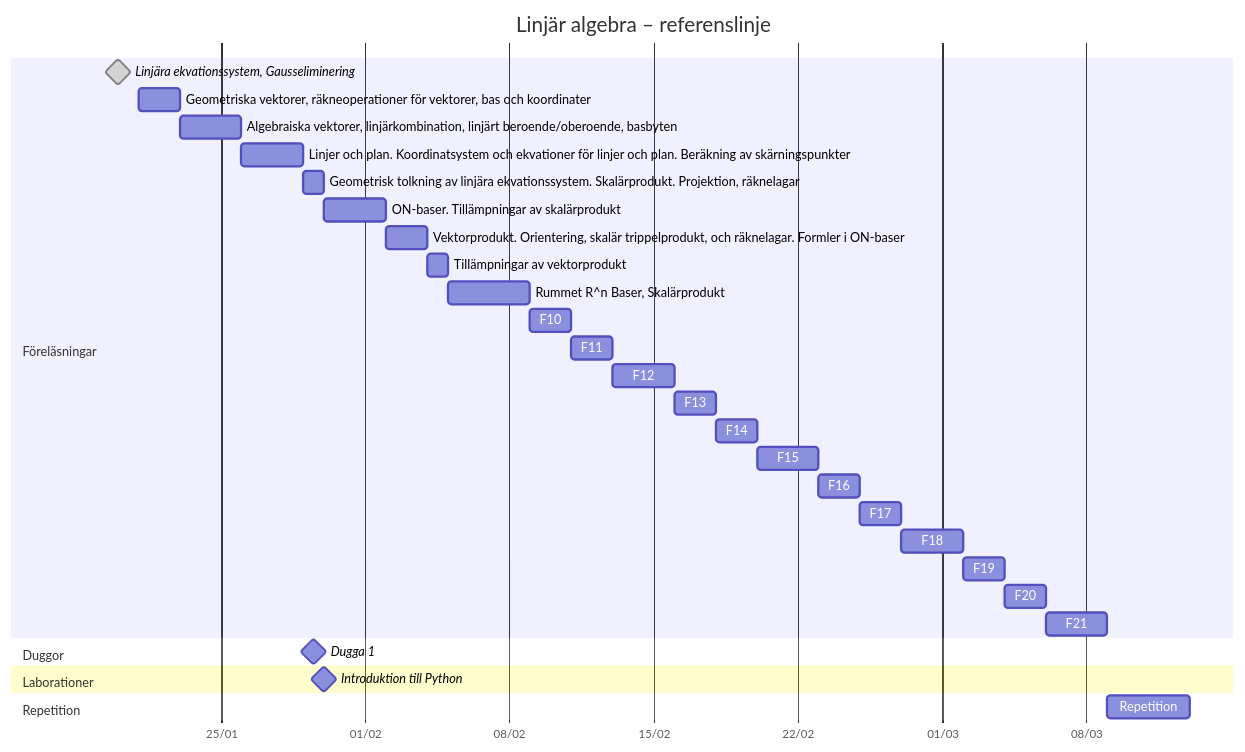
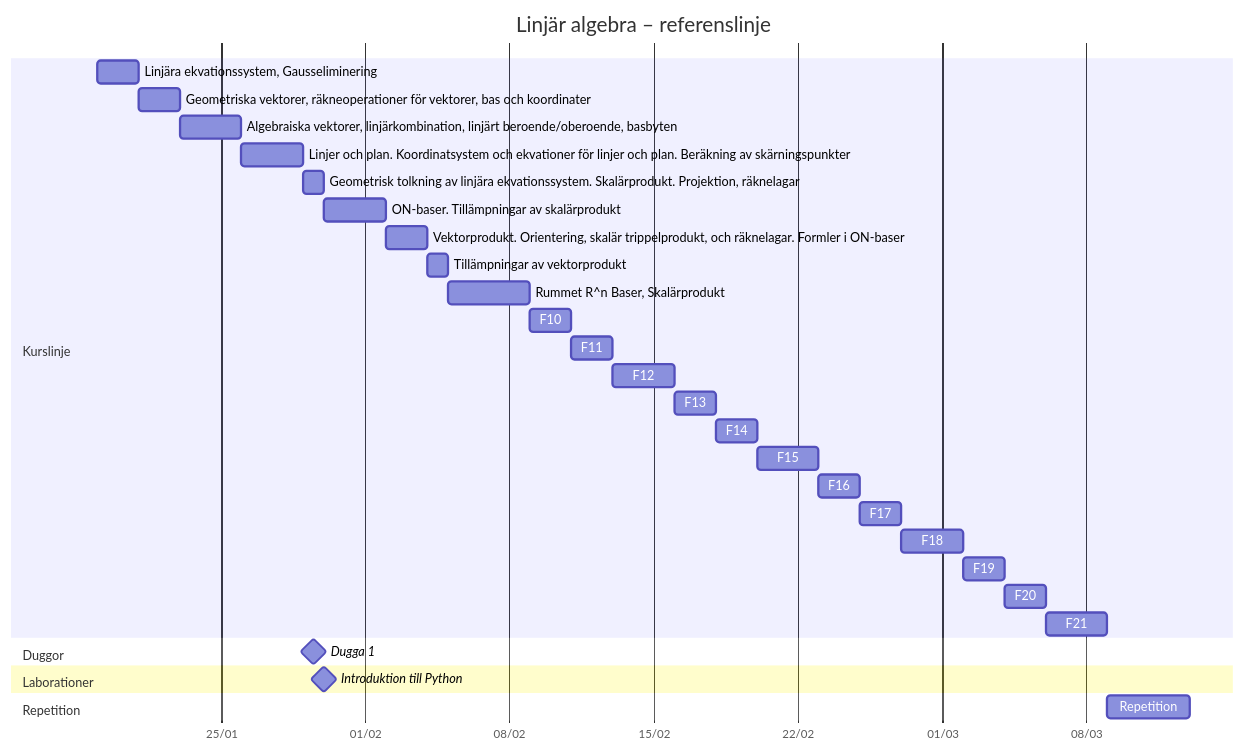
Before and after one commit to Scoutboy06/obsidian-vaults: the diagram in Skola/Linjär Algebra/Kursöversikt.md, drawn with Mermaid.

Commit message:
vault backup: 2026-01-21 20:16:55

````diff
--- a/Skola/Linjär Algebra/Kursöversikt.md
+++ b/Skola/Linjär Algebra/Kursöversikt.md
@@ -2,38 +2,38 @@
 ```mermaid
 gantt
     dateFormat  YYYY-MM-DD
     title Linjär algebra – referenslinje
     axisFormat  %d/%m
 
-    section Föreläsningar
-    Linjära ekvationssystem, Gausseliminering :milestone,done, f1, 2026-01-19, 2026-01-21
+    section Kurslinje
+    Linjära ekvationssystem, Gausseliminering: f1, 2026-01-19, 2026-01-21
     Geometriska vektorer, räkneoperationer för vektorer, bas och koordinater: f2, 2026-01-21, 2026-01-23
     Algebraiska vektorer, linjärkombination, linjärt beroende/oberoende, basbyten: f3, 2026-01-23, 2026-01-26
     Linjer och plan. Koordinatsystem och ekvationer för linjer och plan. Beräkning av skärningspunkter: f4, 2026-01-26, 2026-01-29
     Geometrisk tolkning av linjära ekvationssystem. Skalärprodukt. Projektion, räknelagar: f5, 2026-01-29, 2026-01-30
     ON-baser. Tillämpningar av skalärprodukt: f6, 2026-01-30, 2026-02-02
     Vektorprodukt. Orientering, skalär trippelprodukt, och räknelagar. Formler i ON-baser: f7, 2026-02-02, 2026-02-04
     Tillämpningar av vektorprodukt: f8, 2026-02-04, 2026-02-05
     Rummet R^n Baser, Skalärprodukt: f9, 2026-02-05, 2026-02-09
     F10: f10, 2026-02-09, 2026-02-11
     F11: f11, 2026-02-11, 2026-02-13
     F12: f12, 2026-02-13, 2026-02-16
     F13: f13, 2026-02-16, 2026-02-18
     F14: f14, 2026-02-18, 2026-02-20
     F15: f15, 2026-02-20, 2026-02-23
     F16: f16, 2026-02-23, 2026-02-25
     F17: f17, 2026-02-25, 2026-02-27
     F18: f18, 2026-02-27, 2026-03-02
     F19: f19, 2026-03-02, 2026-03-04
     F20: f20, 2026-03-04, 2026-03-06
     F21: f21, 2026-03-06, 2026-03-09
 
     section Duggor
     Dugga 1 :milestone, d1, 2026-01-19, 2026-02-09
 
     section Laborationer
     Introduktion till Python :milestone, l1, 2026-01-30, 2026-01-30
 
     section Repetition
     Repetition: r1, 2026-03-09, 2026-03-13
 ```
````
